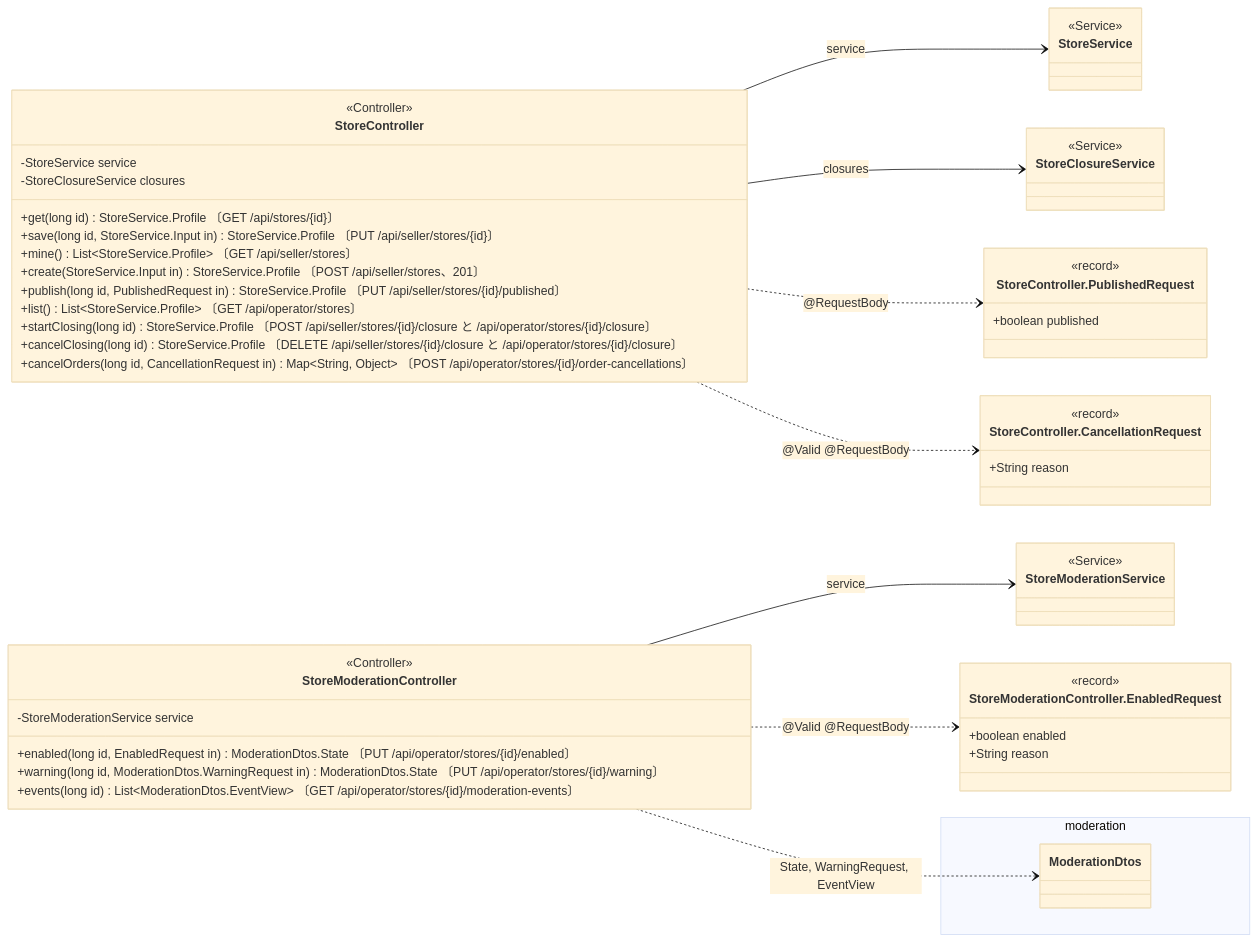
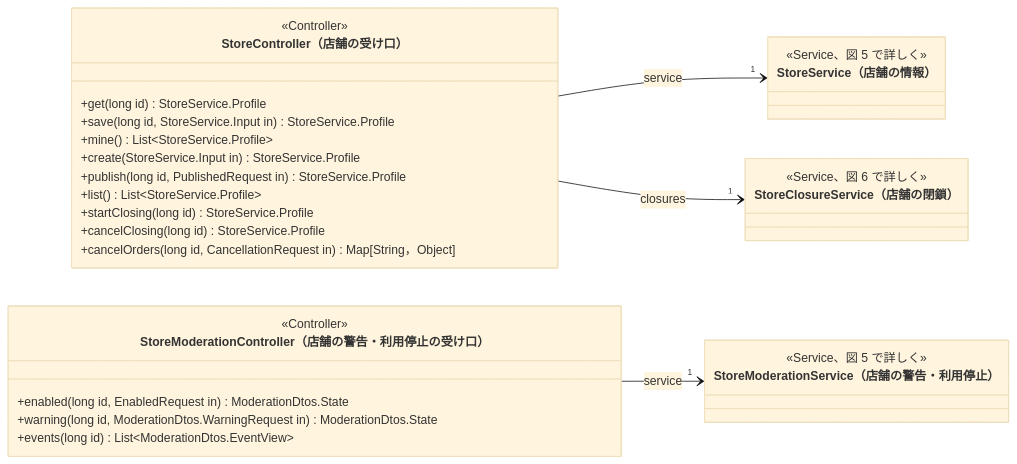
One commit to abeouga/kusakari-document changed diagram 13 of 20 in クラス図/kusakari-ec/02_店舗と組織.md. Above: the diagram before and after it, drawn with Mermaid (base theme). The commit also changed other lines of this file and 87 other files, not shown here.

Commit message:
EC のクラス図に全体図を足し、詳細図をデータとモジュールの図に分けて書き直す

````diff
--- a/クラス図/kusakari-ec/02_店舗と組織.md
+++ b/クラス図/kusakari-ec/02_店舗と組織.md
@@ -1047,56 +1145,35 @@
 ```mermaid
 classDiagram
-  direction LR
-  class StoreController
-  <<Controller>> StoreController
-  StoreController : -StoreService service
-  StoreController : -StoreClosureService closures
-  StoreController : +get(long id) StoreService.Profile 〔GET /api/stores/{id}〕
-  StoreController : +save(long id, StoreService.Input in) StoreService.Profile 〔PUT /api/seller/stores/{id}〕
-  StoreController : +mine() List~StoreService.Profile~ 〔GET /api/seller/stores〕
-  StoreController : +create(StoreService.Input in) StoreService.Profile 〔POST /api/seller/stores、201〕
-  StoreController : +publish(long id, PublishedRequest in) StoreService.Profile 〔PUT /api/seller/stores/{id}/published〕
-  StoreController : +list() List~StoreService.Profile~ 〔GET /api/operator/stores〕
-  StoreController : +startClosing(long id) StoreService.Profile 〔POST /api/seller/stores/{id}/closure と /api/operator/stores/{id}/closure〕
-  StoreController : +cancelClosing(long id) StoreService.Profile 〔DELETE /api/seller/stores/{id}/closure と /api/operator/stores/{id}/closure〕
-  StoreController : +cancelOrders(long id, CancellationRequest in) Map~String, Object~ 〔POST /api/operator/stores/{id}/order-cancellations〕
-  class StoreController_PublishedRequest["StoreController.PublishedRequest"] {
-    <<record>>
-    +boolean published
-  }
-  class StoreController_CancellationRequest["StoreController.CancellationRequest"] {
-    <<record>>
-    +String reason
-  }
-  class StoreModerationController
-  <<Controller>> StoreModerationController
-  StoreModerationController : -StoreModerationService service
-  StoreModerationController : +enabled(long id, EnabledRequest in) ModerationDtos.State 〔PUT /api/operator/stores/{id}/enabled〕
-  StoreModerationController : +warning(long id, ModerationDtos.WarningRequest in) ModerationDtos.State 〔PUT /api/operator/stores/{id}/warning〕
-  StoreModerationController : +events(long id) List~ModerationDtos.EventView~ 〔GET /api/operator/stores/{id}/moderation-events〕
-  class StoreModerationController_EnabledRequest["StoreModerationController.EnabledRequest"] {
-    <<record>>
-    +boolean enabled
-    +String reason
-  }
-  class StoreService {
-    <<Service>>
-  }
-  class StoreClosureService {
-    <<Service>>
-  }
-  class StoreModerationService {
-    <<Service>>
-  }
-  namespace moderation {
-    class ModerationDtos
-  }
+    direction LR
+    class StoreController["StoreController（店舗の受け口）"] {
+        <<Controller>>
+        +get(long id) StoreService.Profile
+        +save(long id, StoreService.Input in) StoreService.Profile
+        +mine() List~StoreService.Profile~
+        +create(StoreService.Input in) StoreService.Profile
+        +publish(long id, PublishedRequest in) StoreService.Profile
+        +list() List~StoreService.Profile~
+        +startClosing(long id) StoreService.Profile
+        +cancelClosing(long id) StoreService.Profile
+        +cancelOrders(long id, CancellationRequest in) Map[String，Object]
+    }
+    class StoreModerationController["StoreModerationController（店舗の警告・利用停止の受け口）"] {
+        <<Controller>>
+        +enabled(long id, EnabledRequest in) ModerationDtos.State
+        +warning(long id, ModerationDtos.WarningRequest in) ModerationDtos.State
+        +events(long id) List~ModerationDtos.EventView~
+    }
+    class StoreService["StoreService（店舗の情報）"] {
+        <<Service、図 5 で詳しく>>
+    }
+    class StoreClosureService["StoreClosureService（店舗の閉鎖）"] {
+        <<Service、図 6 で詳しく>>
+    }
+    class StoreModerationService["StoreModerationService（店舗の警告・利用停止）"] {
+        <<Service、図 5 で詳しく>>
+    }
 
-  StoreController --> StoreService : service
-  StoreController --> StoreClosureService : closures
-  StoreController ..> StoreController_PublishedRequest : @RequestBody
-  StoreController ..> StoreController_CancellationRequest : @Valid @RequestBody
-  StoreModerationController --> StoreModerationService : service
-  StoreModerationController ..> StoreModerationController_EnabledRequest : @Valid @RequestBody
-  StoreModerationController ..> ModerationDtos : State, WarningRequest, EventView
+    StoreController --> "1" StoreService : service
+    StoreController --> "1" StoreClosureService : closures
+    StoreModerationController --> "1" StoreModerationService : service
 ```
````
